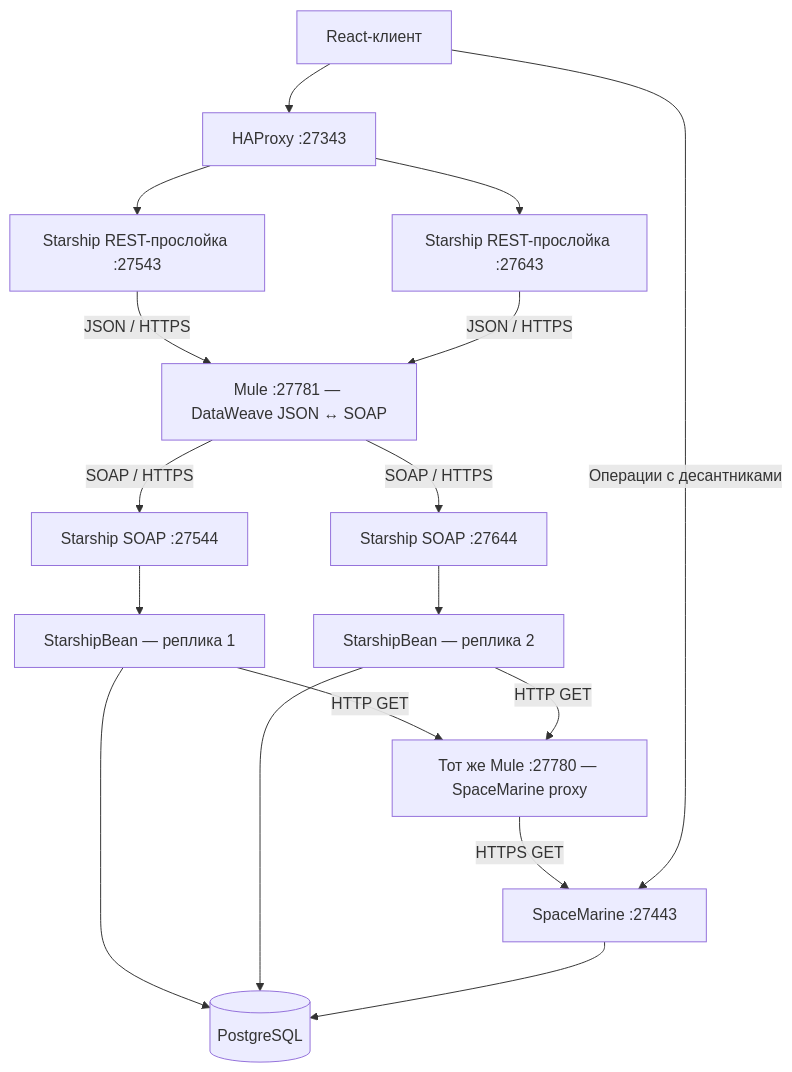
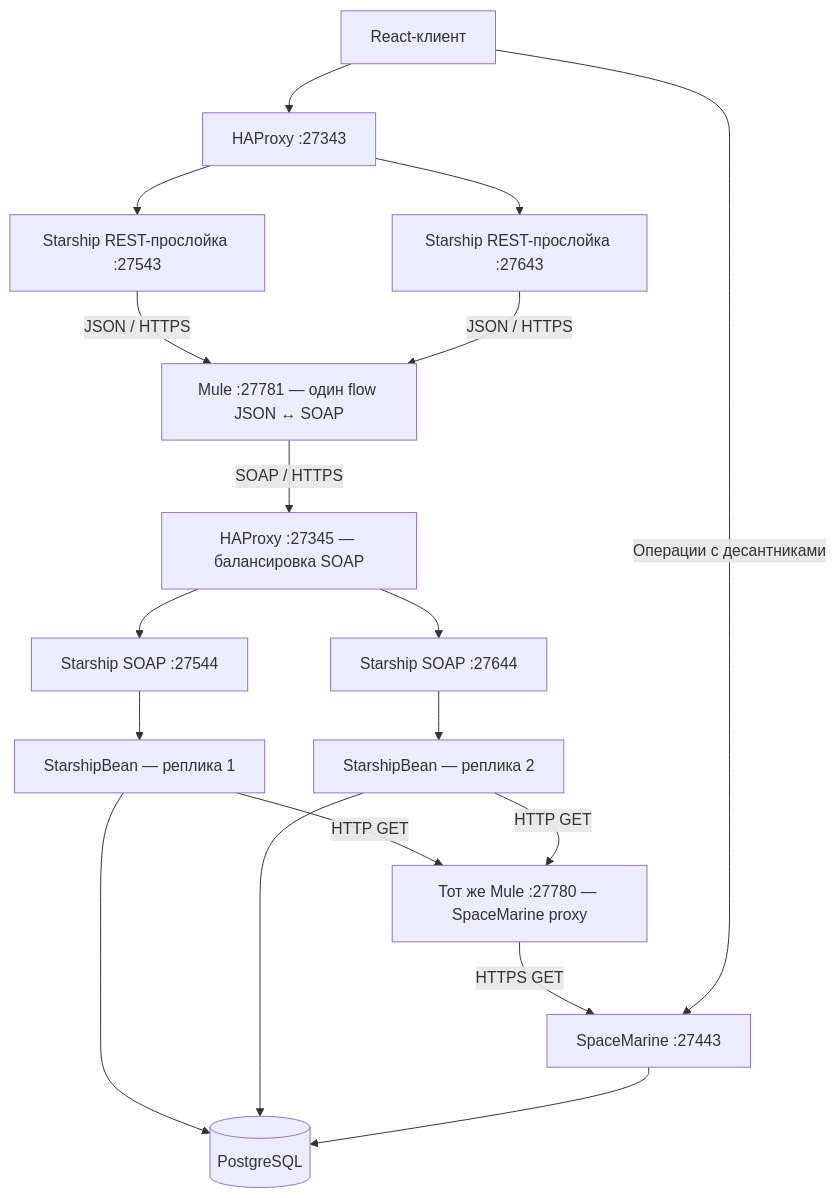
One commit to arekalov/soa-labs changed the first of 2 diagrams in README-LAB4-INTERACTION.md. Above: the diagram before and after it, drawn with Mermaid. The commit also changed other lines of this file and 11 other files, not shown here.

Commit message:
Use one Mule Starship flow with HAProxy SOAP balancing

````diff
--- a/README-LAB4-INTERACTION.md
+++ b/README-LAB4-INTERACTION.md
@@ -5,19 +5,20 @@
 ```mermaid
 flowchart TD
     UI["React-клиент"] --> HA["HAProxy :27343"]
     HA --> R1["Starship REST-прослойка :27543"]
     HA --> R2["Starship REST-прослойка :27643"]
     R1 -->|"JSON / HTTPS"| M
     R2 -->|"JSON / HTTPS"| M
-    M["Mule :27781 — DataWeave JSON ↔ SOAP"] -->|"SOAP / HTTPS"| S1["Starship SOAP :27544"]
-    M -->|"SOAP / HTTPS"| S2["Starship SOAP :27644"]
+    M["Mule :27781 — один flow JSON ↔ SOAP"] -->|"SOAP / HTTPS"| HS["HAProxy :27345 — балансировка SOAP"]
+    HS --> S1["Starship SOAP :27544"]
+    HS --> S2["Starship SOAP :27644"]
     S1 --> B1["StarshipBean — реплика 1"]
     S2 --> B2["StarshipBean — реплика 2"]
     B1 -->|"HTTP GET"| MR["Тот же Mule :27780 — SpaceMarine proxy"]
     B2 -->|"HTTP GET"| MR
     MR -->|"HTTPS GET"| SM["SpaceMarine :27443"]
     B1 --> DB[(PostgreSQL)]
     B2 --> DB
     SM --> DB
     UI -->|"Операции с десантниками"| SM
 ```
````
